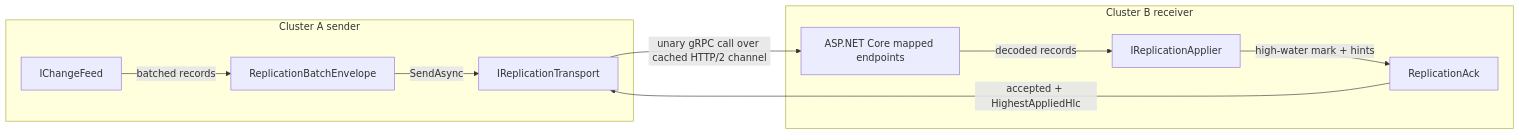
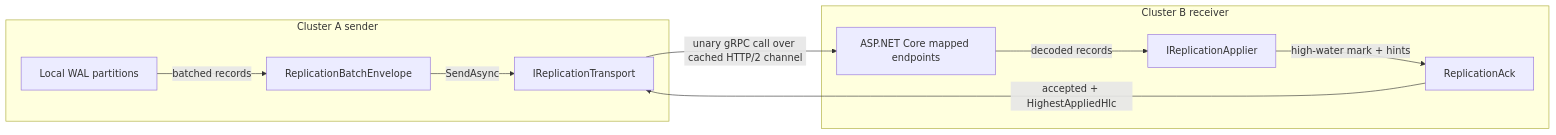
Before and after one commit to NSTA1/Orleans.Lattice: the diagram in docs/lattice.replication.grpc/architecture.md, drawn with Mermaid. The commit also changed other lines of this file and 448 other files, not shown here.

````diff
--- a/docs/lattice.replication.grpc/architecture.md
+++ b/docs/lattice.replication.grpc/architecture.md
@@ -9,21 +9,21 @@
 ```mermaid
 flowchart LR
     subgraph "Cluster A sender"
-        Feed[IChangeFeed]
+        Feed[Local WAL partitions]
         Batch[ReplicationBatchEnvelope]
         Transport[IReplicationTransport]
         Feed -->|batched records| Batch
         Batch -->|SendAsync| Transport
     end
 
     subgraph "Cluster B receiver"
         Endpoint[ASP.NET Core mapped endpoints]
         Applier[IReplicationApplier]
         Ack[ReplicationAck]
         Endpoint -->|decoded records| Applier
         Applier -->|high-water mark + hints| Ack
     end
 
     Transport -->|unary gRPC call over cached HTTP/2 channel| Endpoint
     Ack -->|accepted + HighestAppliedHlc| Transport
 ```
````
